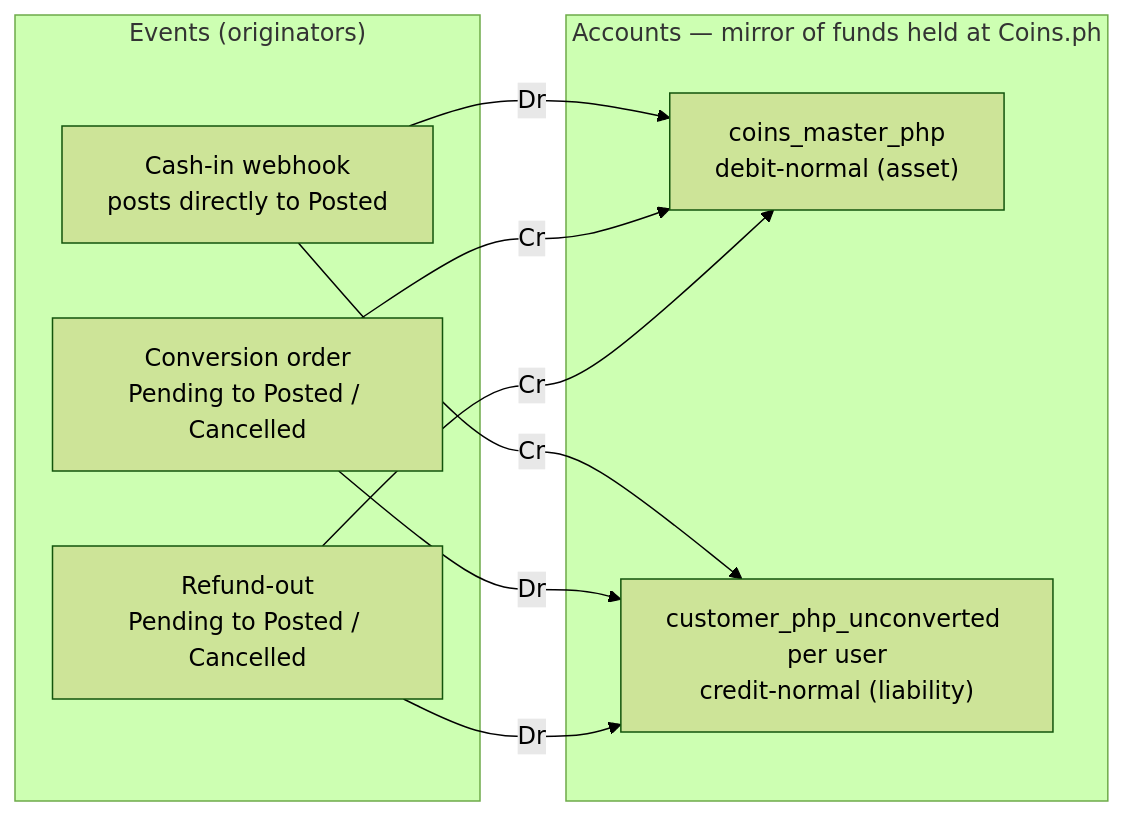
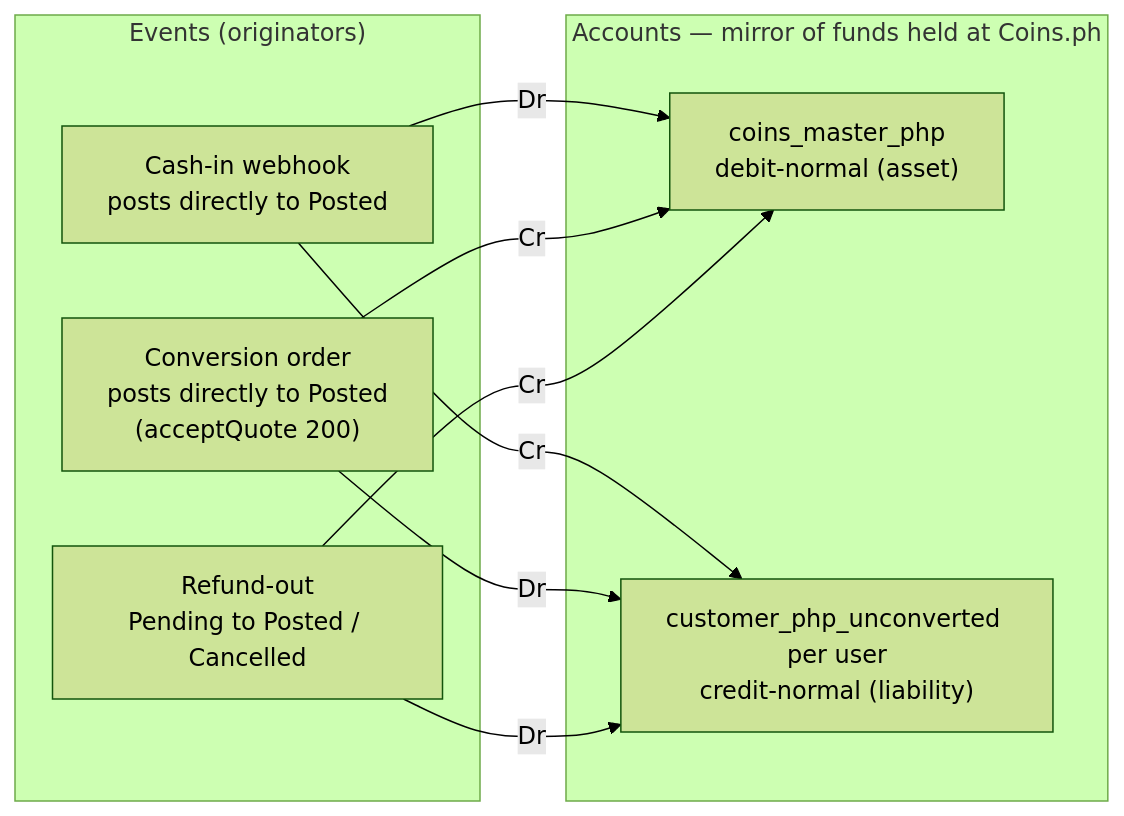
One commit to STAbraham/stablecoin-project changed the first of 3 diagrams in tracks/c-usdc-vasp-privy/research/php-ledger-design.md. Above: the diagram before and after it, drawn with Mermaid (forest theme). The commit also changed other lines of this file and 12 other files, not shown here.

````diff
--- a/tracks/c-usdc-vasp-privy/research/php-ledger-design.md
+++ b/tracks/c-usdc-vasp-privy/research/php-ledger-design.md
@@ -23,18 +24,18 @@
 ```mermaid
 flowchart LR
   subgraph EVENTS["Events (originators)"]
     CI["Cash-in webhook<br/>posts directly to Posted"]
-    CV["Conversion order<br/>Pending to Posted / Cancelled"]
+    CV["Conversion order<br/>posts directly to Posted<br/>(acceptQuote 200)"]
     RF["Refund-out<br/>Pending to Posted / Cancelled"]
   end
   subgraph ACCOUNTS["Accounts — mirror of funds held at Coins.ph"]
     MA["coins_master_php<br/>debit-normal (asset)"]
     UP["customer_php_unconverted per user<br/>credit-normal (liability)"]
   end
   CI -->|"Dr"| MA
   CI -->|"Cr"| UP
   CV -->|"Dr"| UP
   CV -->|"Cr"| MA
   RF -->|"Dr"| UP
   RF -->|"Cr"| MA
 ```
````
